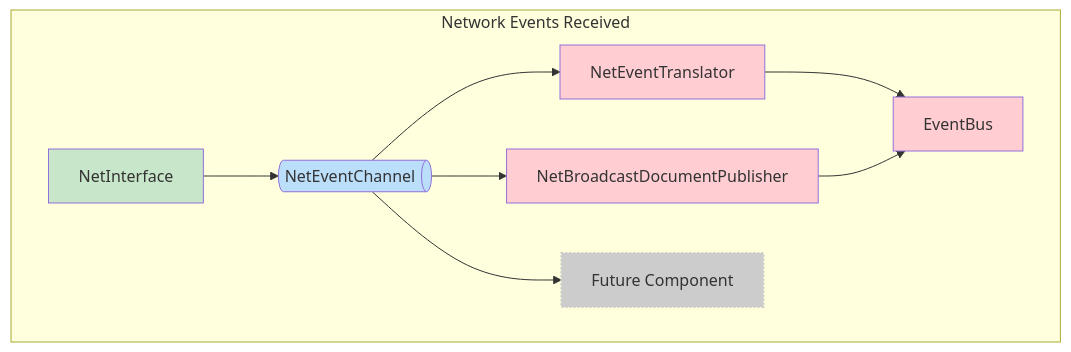
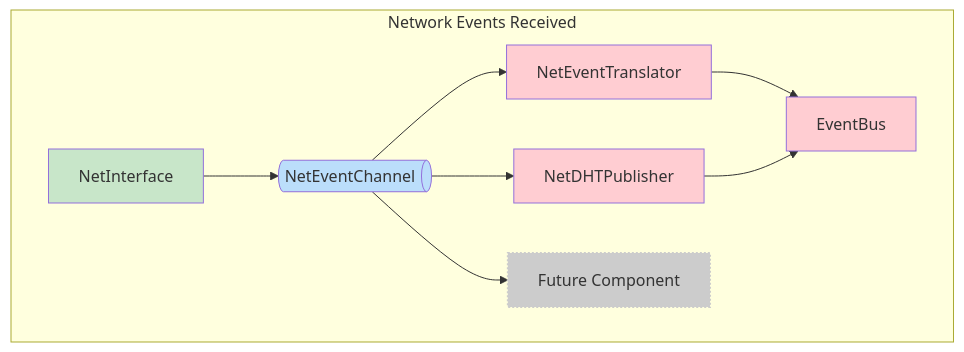
One commit to gnosisguild/enclave changed the first of 2 diagrams in architecture/content/systems/NetSystem.md. Above: the diagram before and after it, drawn with Mermaid. The commit also changed other lines of this file and 27 other files, not shown here.

````diff
--- a/architecture/content/systems/NetSystem.md
+++ b/architecture/content/systems/NetSystem.md
@@ -15,31 +15,31 @@
 ```mermaid
 flowchart TB
     subgraph s1["Network Events Received"]
         NET["NetEventTranslator"]
-        NBDP["NetBroadcastDocumentPublisher"]
+        NBDP["NetDHTPublisher"]
         EB["EventBus"]
         NEC["NetEventChannel"]
         NI["NetInterface"]
         FC["Future Component"]
     end
     NI --> NEC
     NEC --> NET
     NET --> EB
     NBDP --> EB
     NEC --> NBDP
     NEC --> FC
     
     NEC@{ shape: h-cyl}
     style NET fill:#FFCDD2
     style NBDP fill:#FFCDD2
     style EB fill:#FFCDD2
     style NEC stroke-width:1px,stroke-dasharray: 0,fill:#BBDEFB
     style NI stroke-width:1px,stroke-dasharray: 0,fill:#C8E6C9
     style FC fill:#CCCCCC,stroke-width:2px,stroke-dasharray: 2,stroke:#CCCCCC
 	class EB internal-link
 	class NET internal-link
 	class NI internal-link
 	class NCC internal-link
 	class NEC internal-link
 	class NBDP internal-link
 ```
````
